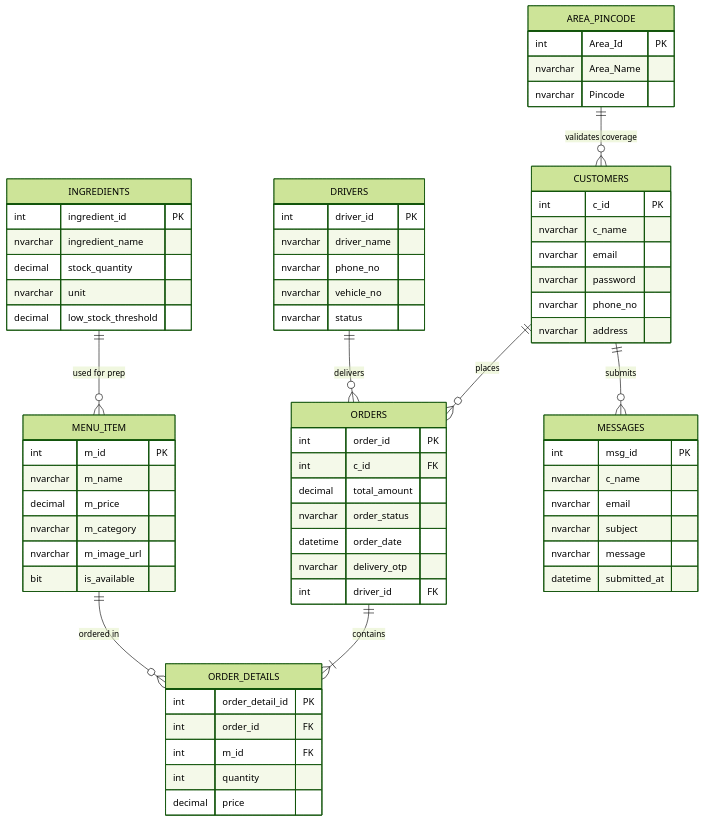
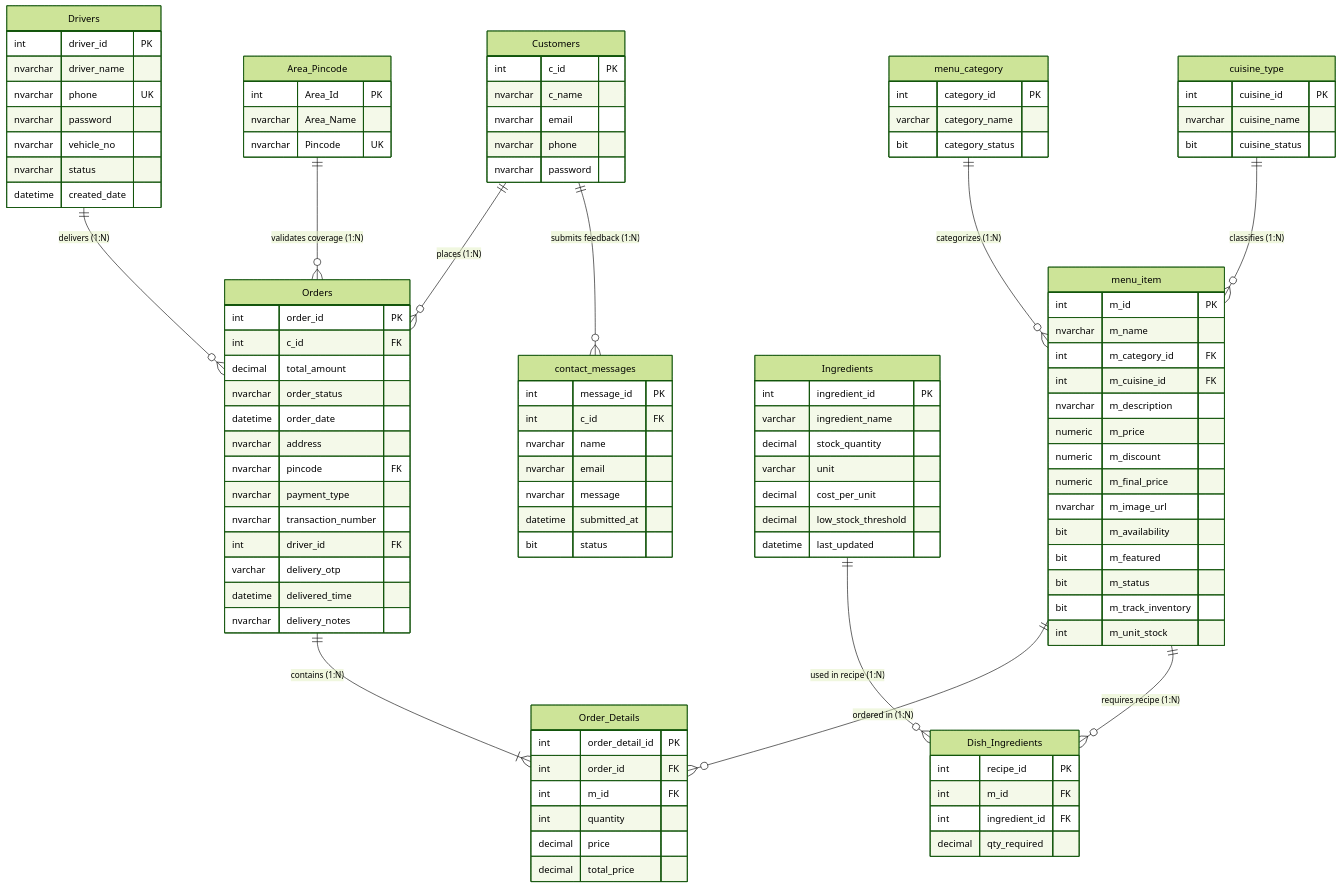
Before and after one commit to vinitsonii/Cloud-kitchen-management-system: the diagram in CLoud Kitchen Project/Cloud Kitchen/docs/4_DATABASE_ENTITIES_AND_SCHEMA.md, drawn with Mermaid (forest theme). The commit also changed other lines of this file, not shown here.

Commit message:
docs: Comprehensive detailed structure for all 11 database tables in 4_DATABASE_ENTITIES_AND_SCHEMA.md

````diff
--- a/CLoud Kitchen Project/Cloud Kitchen/docs/4_DATABASE_ENTITIES_AND_SCHEMA.md
+++ b/CLoud Kitchen Project/Cloud Kitchen/docs/4_DATABASE_ENTITIES_AND_SCHEMA.md
@@ -14,77 +14,118 @@
 ```mermaid
 erDiagram
-    CUSTOMERS ||--o{ ORDERS : "places"
-    DRIVERS ||--o{ ORDERS : "delivers"
-    ORDERS ||--|{ ORDER_DETAILS : "contains"
-    MENU_ITEM ||--o{ ORDER_DETAILS : "ordered in"
-    AREA_PINCODE ||--o{ CUSTOMERS : "validates coverage"
-    INGREDIENTS ||--o{ MENU_ITEM : "used for prep"
-    CUSTOMERS ||--o{ MESSAGES : "submits"
+    Customers ||--o{ Orders : "places (1:N)"
+    Drivers ||--o{ Orders : "delivers (1:N)"
+    Area_Pincode ||--o{ Orders : "validates coverage (1:N)"
+    Orders ||--|{ Order_Details : "contains (1:N)"
+    menu_item ||--o{ Order_Details : "ordered in (1:N)"
+    menu_category ||--o{ menu_item : "categorizes (1:N)"
+    cuisine_type ||--o{ menu_item : "classifies (1:N)"
+    menu_item ||--o{ Dish_Ingredients : "requires recipe (1:N)"
+    Ingredients ||--o{ Dish_Ingredients : "used in recipe (1:N)"
+    Customers ||--o{ contact_messages : "submits feedback (1:N)"
 
-    CUSTOMERS {
+    Customers {
         int c_id PK
         nvarchar c_name
         nvarchar email
+        nvarchar phone
         nvarchar password
-        nvarchar phone_no
-        nvarchar address
     }
 
-    ORDERS {
+    Orders {
         int order_id PK
         int c_id FK
         decimal total_amount
         nvarchar order_status
         datetime order_date
-        nvarchar delivery_otp
+        nvarchar address
+        nvarchar pincode FK
+        nvarchar payment_type
+        nvarchar transaction_number
         int driver_id FK
+        varchar delivery_otp
+        datetime delivered_time
+        nvarchar delivery_notes
     }
 
-    ORDER_DETAILS {
+    Order_Details {
         int order_detail_id PK
         int order_id FK
         int m_id FK
         int quantity
         decimal price
+        decimal total_price
     }
 
-    MENU_ITEM {
+    menu_item {
         int m_id PK
         nvarchar m_name
-        decimal m_price
-        nvarchar m_category
+        int m_category_id FK
+        int m_cuisine_id FK
+        nvarchar m_description
+        numeric m_price
+        numeric m_discount
+        numeric m_final_price
         nvarchar m_image_url
-        bit is_available
+        bit m_availability
+        bit m_featured
+        bit m_status
+        bit m_track_inventory
+        int m_unit_stock
     }
 
-    INGREDIENTS {
-        int ingredient_id PK
-        nvarchar ingredient_name
-        decimal stock_quantity
-        nvarchar unit
-        decimal low_stock_threshold
+    menu_category {
+        int category_id PK
+        varchar category_name
+        bit category_status
     }
 
-    AREA_PINCODE {
+    cuisine_type {
+        int cuisine_id PK
+        nvarchar cuisine_name
+        bit cuisine_status
+    }
+
+    Ingredients {
+        int ingredient_id PK
+        varchar ingredient_name
+        decimal stock_quantity
+        varchar unit
+        decimal cost_per_unit
+        decimal low_stock_threshold
+        datetime last_updated
+    }
+
+    Dish_Ingredients {
+        int recipe_id PK
+        int m_id FK
+        int ingredient_id FK
+        decimal qty_required
+    }
+
+    Area_Pincode {
         int Area_Id PK
         nvarchar Area_Name
-        nvarchar Pincode
+        nvarchar Pincode UK
     }
 
-    DRIVERS {
+    Drivers {
         int driver_id PK
         nvarchar driver_name
-        nvarchar phone_no
+        nvarchar phone UK
+        nvarchar password
         nvarchar vehicle_no
         nvarchar status
+        datetime created_date
     }
 
-    MESSAGES {
-        int msg_id PK
-        nvarchar c_name
+    contact_messages {
+        int message_id PK
+        int c_id FK
+        nvarchar name
         nvarchar email
-        nvarchar subject
         nvarchar message
         datetime submitted_at
+        bit status
     }
 ```
````
